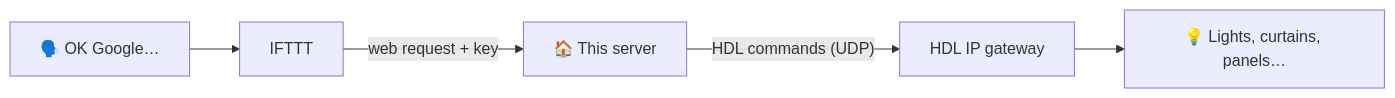
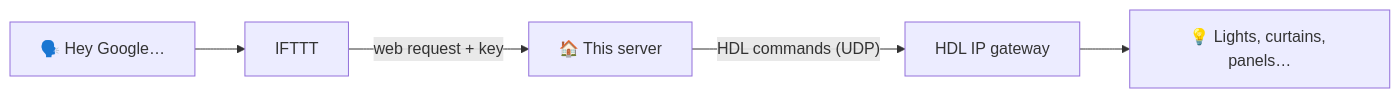
Before and after one commit to roys/java-hdl-webserver: the diagram in README.md, drawn with Mermaid. The commit also changed other lines of this file and 1 other file, not shown here.

Commit message:
Hey Google rather than OK Google, as Google itself says it now.

````diff
--- a/README.md
+++ b/README.md
@@ -51,7 +51,7 @@
 ```mermaid
 flowchart LR
-    A["🗣️ OK Google…"] --> B[IFTTT]
+    A["🗣️ Hey Google…"] --> B[IFTTT]
     B -- "web request + key" --> C["🏠 This server"]
     C -- "HDL commands (UDP)" --> D[HDL IP gateway]
     D --> E["💡 Lights, curtains, panels…"]
 ```
````
